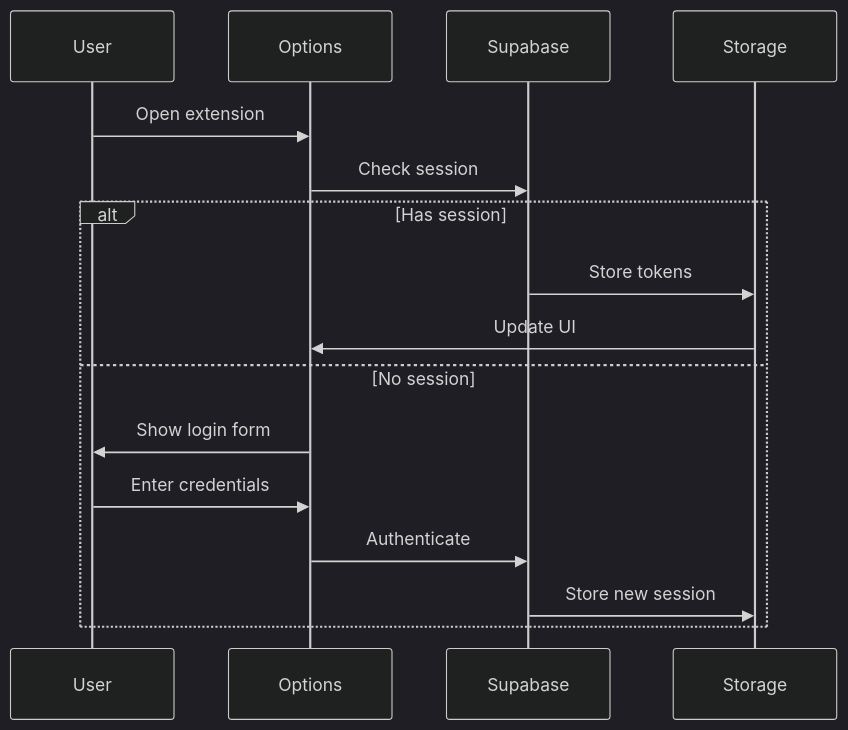
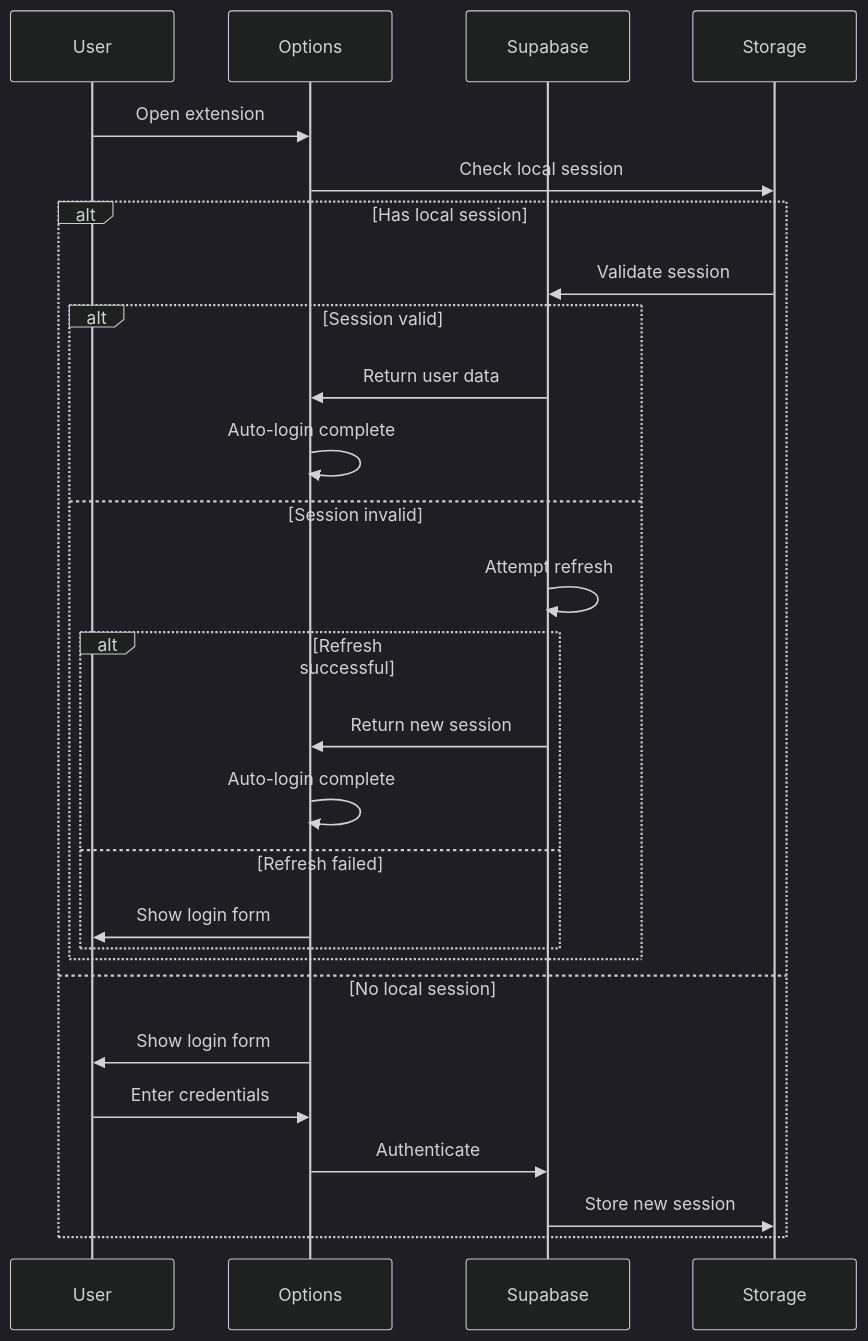
One commit to AleksejDix/allyship.dev changed the diagram in apps/allystudio/README.md. Above: the diagram before and after it, drawn with Mermaid (dark theme). The commit also changed other lines of this file and 4 other files, not shown here.

````diff
--- a/apps/allystudio/README.md
+++ b/apps/allystudio/README.md
@@ -52,19 +53,30 @@
 ```mermaid
 sequenceDiagram
     participant User
     participant Options
     participant Supabase
     participant Storage
 
     User->>Options: Open extension
-    Options->>Supabase: Check session
-    alt Has session
-        Supabase->>Storage: Store tokens
-        Storage->>Options: Update UI
-    else No session
+    Options->>Storage: Check local session
+    alt Has local session
+        Storage->>Supabase: Validate session
+        alt Session valid
+            Supabase->>Options: Return user data
+            Options->>Options: Auto-login complete
+        else Session invalid
+            Supabase->>Supabase: Attempt refresh
+            alt Refresh successful
+                Supabase->>Options: Return new session
+                Options->>Options: Auto-login complete
+            else Refresh failed
+                Options->>User: Show login form
+            end
+        end
+    else No local session
         Options->>User: Show login form
         User->>Options: Enter credentials
         Options->>Supabase: Authenticate
         Supabase->>Storage: Store new session
     end
 ```
````
